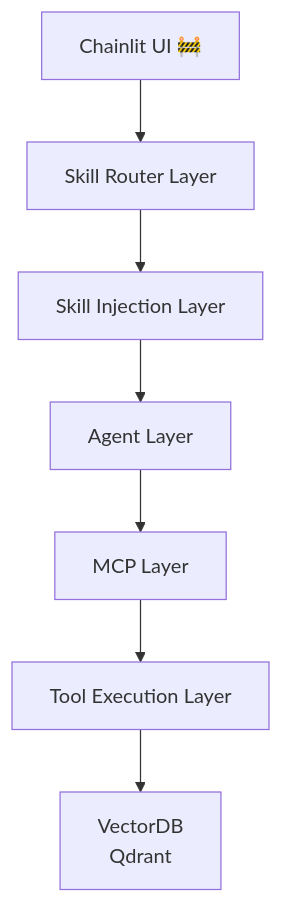
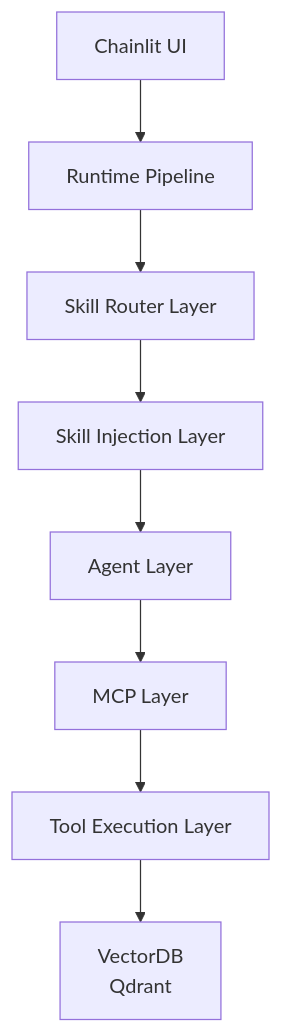
One commit to AshengLin/agent-retrieval-system changed the diagram in README.md. Above: the diagram before and after it, drawn with Mermaid. The commit also changed other lines of this file and 6 other files, not shown here.

Commit message:
feat: add agent runtime callback and chainlit trace

````diff
--- a/README.md
+++ b/README.md
@@ -31,10 +28,11 @@
 ```mermaid
 flowchart TB
-    UI[Chainlit UI 🚧]
+    UI[Chainlit UI]
+    --> Runtime[Runtime Pipeline]
     --> Router[Skill Router Layer]
     --> Skills[Skill Injection Layer]
     --> Agent[Agent Layer]
     --> MCP[MCP Layer]
     --> Tool[Tool Execution Layer]
     --> VDB[VectorDB<br/>Qdrant]
 ```
````
